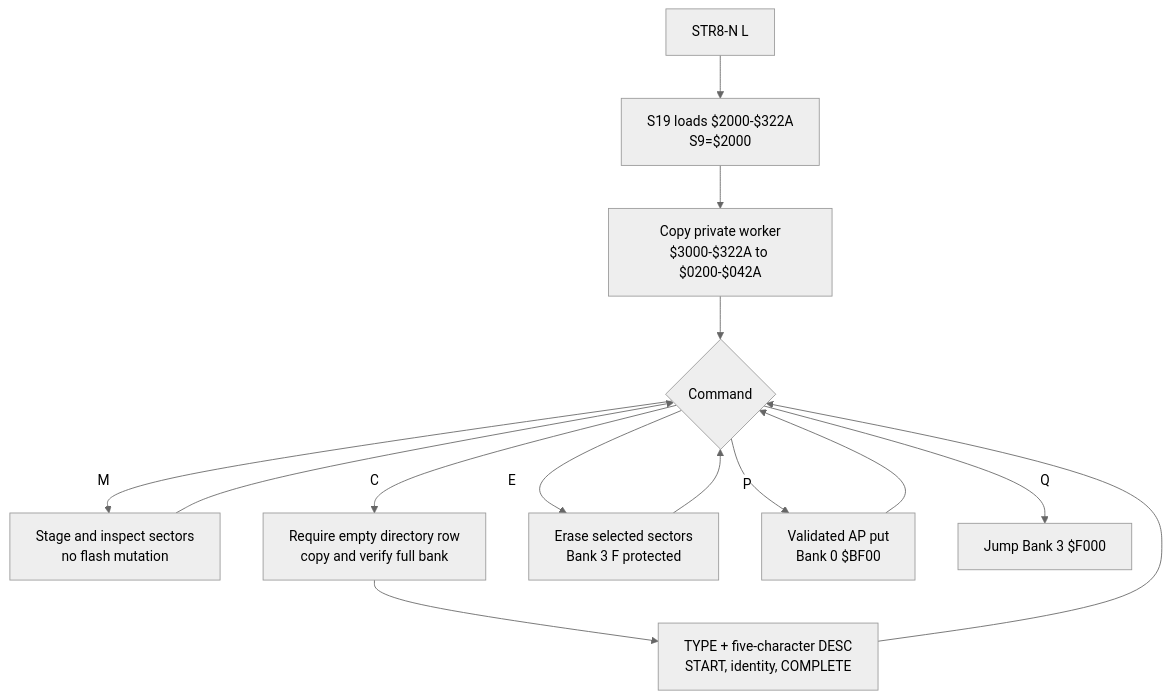
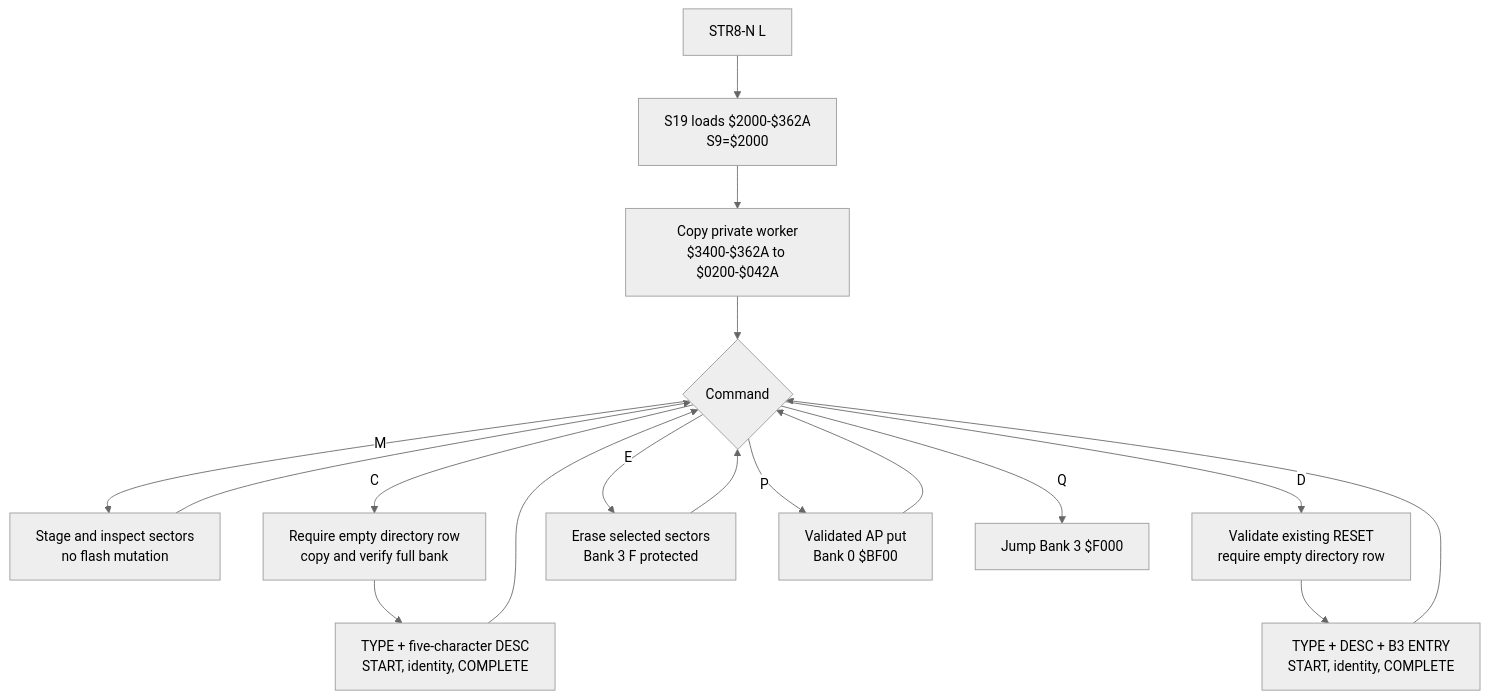
Before and after one commit to 95westus/STR8-N: the tenth of 11 diagrams in docs/MAPS.md, drawn with Mermaid (neutral theme). The commit also changed other lines of this file and 20 other files, not shown here.

````diff
--- a/docs/MAPS.md
+++ b/docs/MAPS.md
@@ -280,16 +281,19 @@
 ```mermaid
 flowchart TD
-    L[STR8-N L] --> S[S19 loads $2000-$322A<br/>S9=$2000]
-    S --> B[Copy private worker<br/>$3000-$322A to $0200-$042A]
+    L[STR8-N L] --> S[S19 loads $2000-$362A<br/>S9=$2000]
+    S --> B[Copy private worker<br/>$3400-$362A to $0200-$042A]
     B --> M{Command}
     M -->|M| MAP[Stage and inspect sectors<br/>no flash mutation]
     M -->|C| COPY[Require empty directory row<br/>copy and verify full bank]
     COPY --> ID[TYPE + five-character DESC<br/>START, identity, COMPLETE]
+    M -->|D| ADOPT[Validate existing RESET<br/>require empty directory row]
+    ADOPT --> ID2[TYPE + DESC + B3 ENTRY<br/>START, identity, COMPLETE]
     M -->|E| ERASE[Erase selected sectors<br/>Bank 3 F protected]
     M -->|P| AP[Validated AP put<br/>Bank 0 $BF00]
     M -->|Q| Q[Jump Bank 3 $F000]
     MAP --> M
     ID --> M
+    ID2 --> M
     ERASE --> M
     AP --> M
 ```
````
